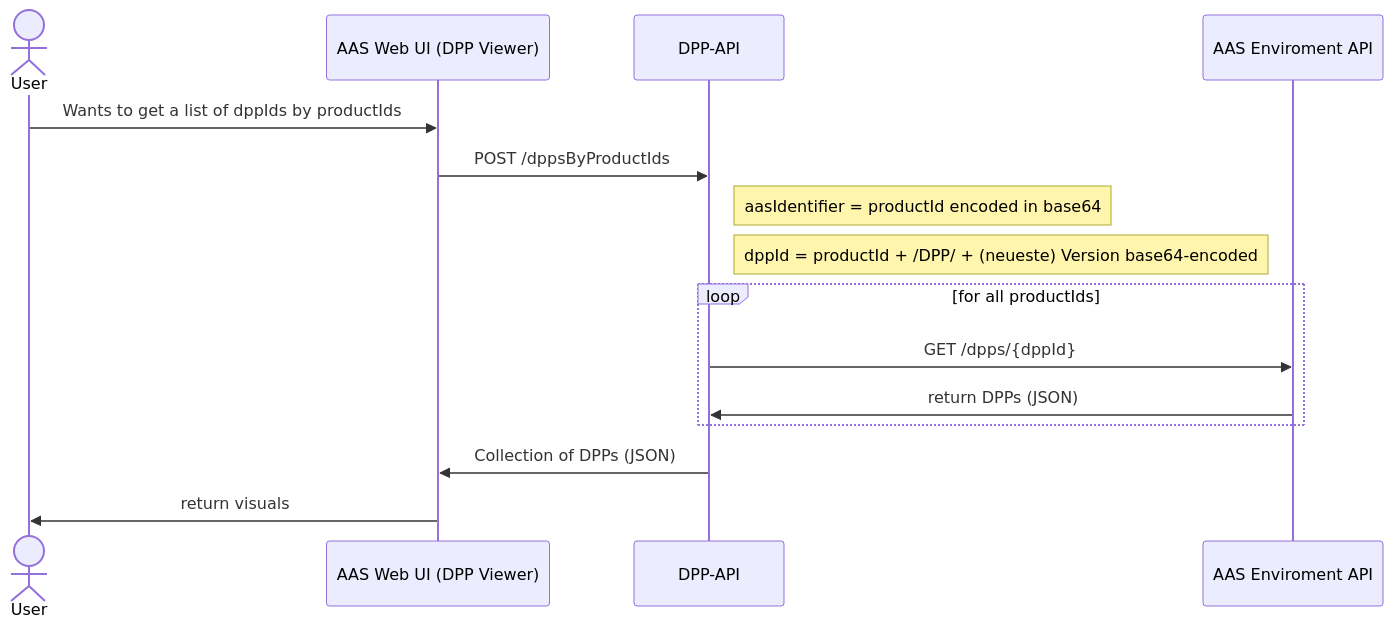
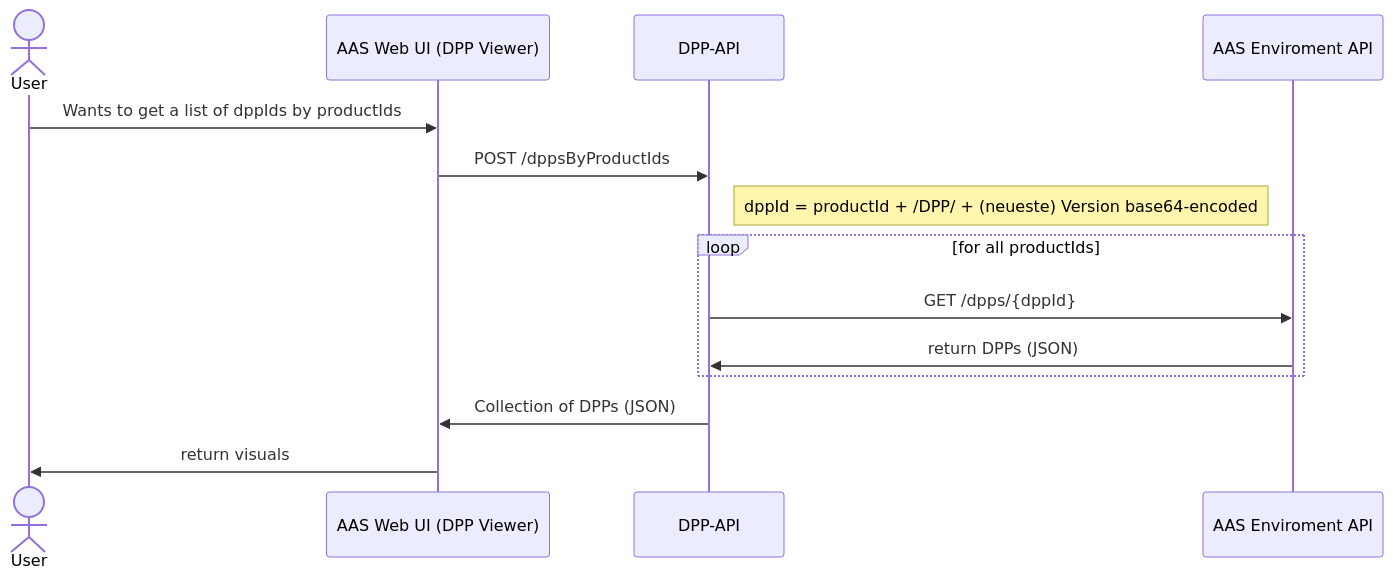
Before and after one commit to DHBW-TINF24F/Team6-BaSyx-DPP-API: the seventh of 8 diagrams in PROJECT/SAS/mapping.md, drawn with Mermaid. The commit also changed other lines of this file, not shown here.

Commit message:
annotations to POST /dppsByProductIds

````diff
--- a/PROJECT/SAS/mapping.md
+++ b/PROJECT/SAS/mapping.md
@@ -261,20 +265,19 @@
 ```mermaid
 sequenceDiagram
   actor User
   participant Web as AAS Web UI (DPP Viewer)
   participant API as DPP-API
   participant Env as AAS Enviroment API
 
   User->>Web: Wants to get a list of dppIds by productIds
   Web->>API: POST /dppsByProductIds
-  Note right of API: aasIdentifier = productId encoded in base64
   Note right of API: dppId = productId + /DPP/ + (neueste) Version base64-encoded
   
   loop for all productIds
     API->>Env: GET /dpps/{dppId}
     Env->>API: return DPPs (JSON)
   end
 
   API->>Web: Collection of DPPs (JSON)
   Web->>User: return visuals
 ```
````
